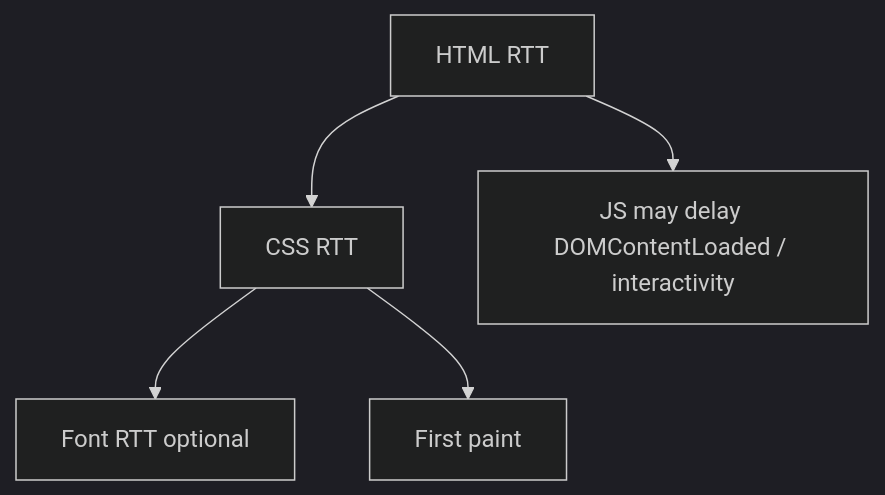
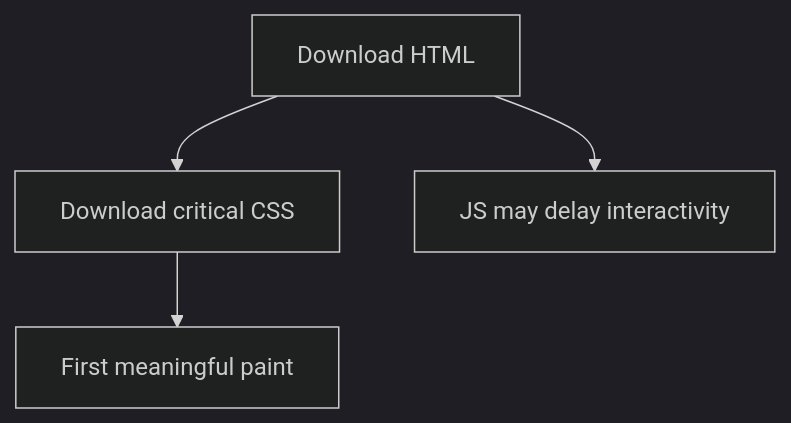
Before and after one commit to prajjwaljogdand/FullstackPreparation: the seventh of 7 diagrams in docs/javascript/20-rendering.md, drawn with Mermaid (dark theme). The commit also changed other lines of this file and 91 other files, not shown here.

````diff
--- a/docs/javascript/20-rendering.md
+++ b/docs/javascript/20-rendering.md
@@ -160,7 +337,6 @@
 ```mermaid
 flowchart TB
-  html["HTML RTT"] --> css["CSS RTT"]
-  css --> font["Font RTT optional"]
-  css --> paint["First paint"]
-  html --> js["JS may delay DOMContentLoaded / interactivity"]
+  html["Download HTML"] --> css["Download critical CSS"]
+  css --> paint["First meaningful paint"]
+  html --> js["JS may delay interactivity"]
 ```
````
